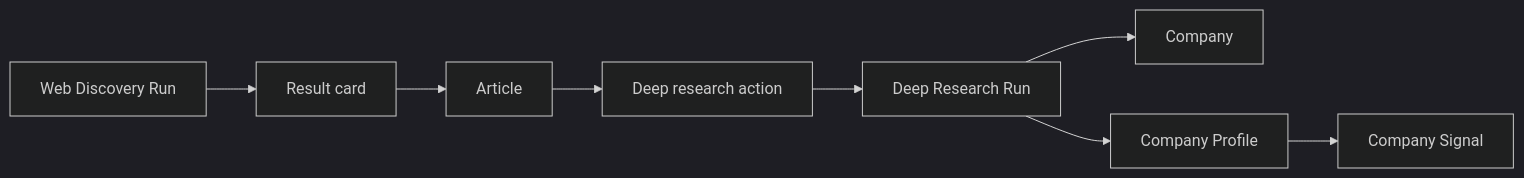
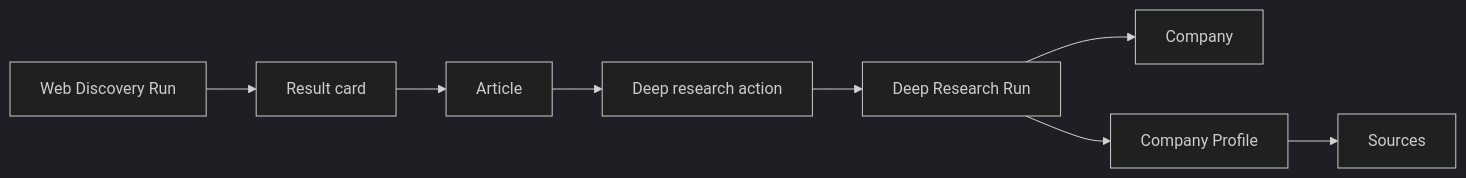
Before and after one commit to Growth-Maschine/NORAD-INTEL-ENGINE-V1: the diagram in docs/phase-1/P1-02-user.md, drawn with Mermaid (dark theme). The commit also changed other lines of this file and 14 other files, not shown here.

````diff
--- a/docs/phase-1/P1-02-user.md
+++ b/docs/phase-1/P1-02-user.md
@@ -226,10 +228,10 @@
 ```mermaid
 flowchart LR
     RUN[Web Discovery Run] --> CARD[Result card]
     CARD --> ART[Article]
     ART --> DR[Deep research action]
     DR --> DRR[Deep Research Run]
     DRR --> CO[Company]
     DRR --> CP[Company Profile]
-    CP --> CS[Company Signal]
+    CP --> SRC[Sources]
 ```
````
